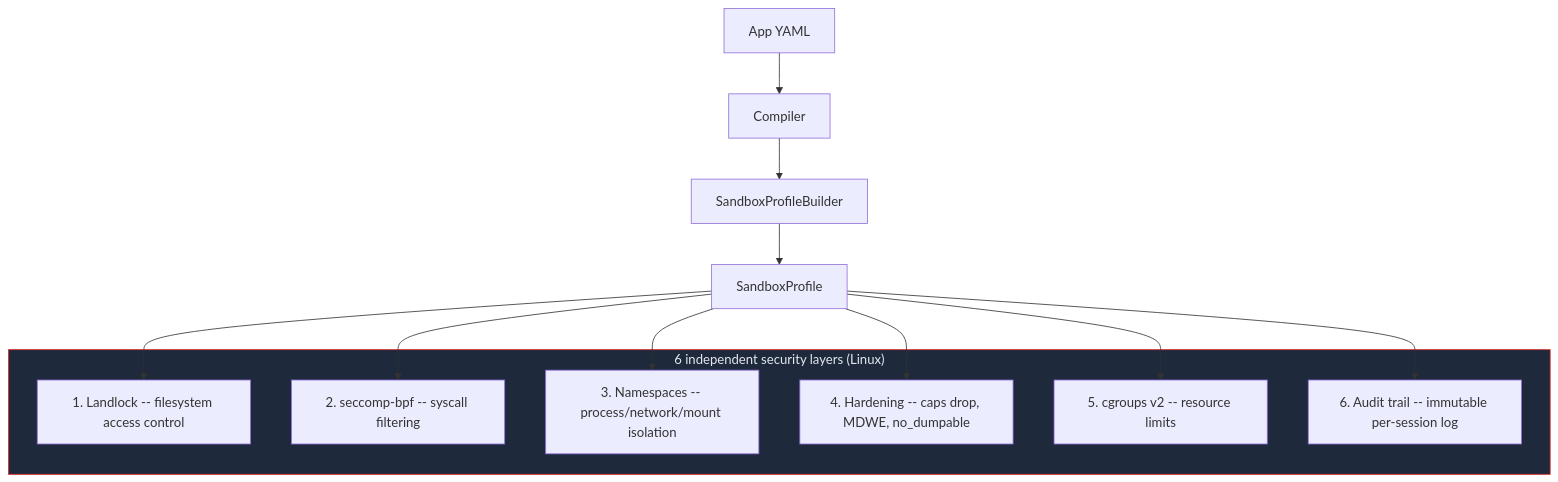
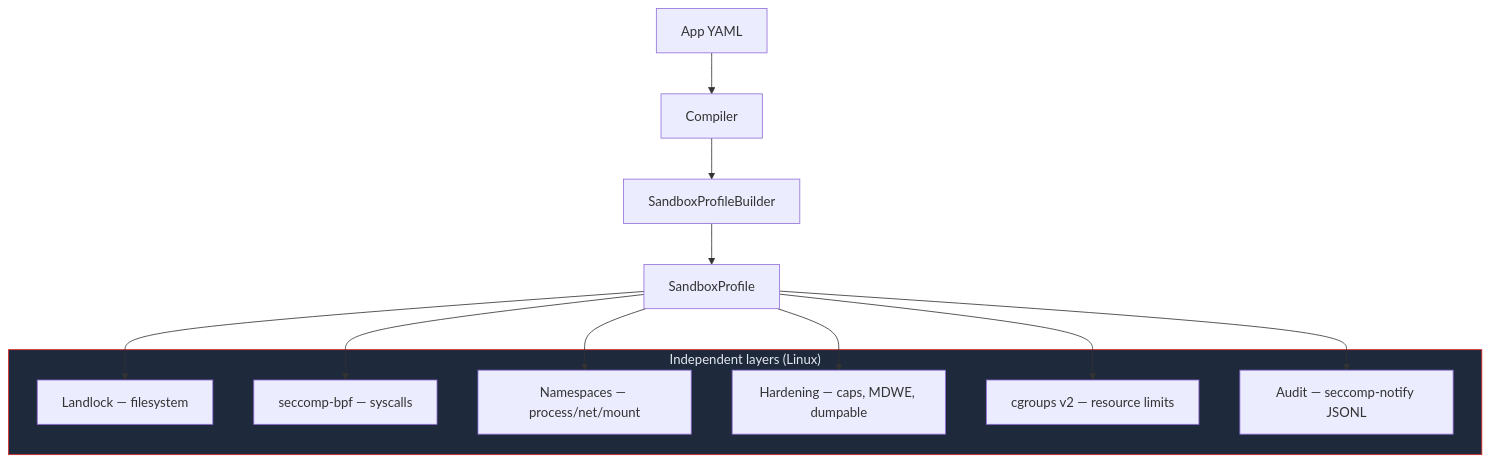
The first of 3 diagrams in docs/app-language/35-sandbox.md (mbathe/digitorn-bridge), drawn with Mermaid before and after one commit. The commit also changed other lines of this file and 346 other files, not shown here.

````diff
--- a/docs/app-language/35-sandbox.md
+++ b/docs/app-language/35-sandbox.md
@@ -15,24 +22,24 @@
 ```mermaid
 flowchart TD
     A[App YAML] --> B[Compiler]
     B --> C[SandboxProfileBuilder]
     C --> D[SandboxProfile]
 
-    D --> L1[1. Landlock -- filesystem access control]
-    D --> L2[2. seccomp-bpf -- syscall filtering]
-    D --> L3[3. Namespaces -- process/network/mount isolation]
-    D --> L4[4. Hardening -- caps drop, MDWE, no_dumpable]
-    D --> L5[5. cgroups v2 -- resource limits]
-    D --> L6[6. Audit trail -- immutable per-session log]
+    D --> L1[Landlock — filesystem]
+    D --> L2[seccomp-bpf — syscalls]
+    D --> L3[Namespaces — process/net/mount]
+    D --> L4[Hardening — caps, MDWE, dumpable]
+    D --> L5[cgroups v2 — resource limits]
+    D --> L6[Audit — seccomp-notify JSONL]
 
-    subgraph Kernel ["6 independent security layers (Linux)"]
+    subgraph Kernel ["Independent layers (Linux)"]
         L1
         L2
         L3
         L4
         L5
         L6
     end
 
     style Kernel fill:#1e293b,stroke:#dc2626,color:#e2e8f0
 ```
````
